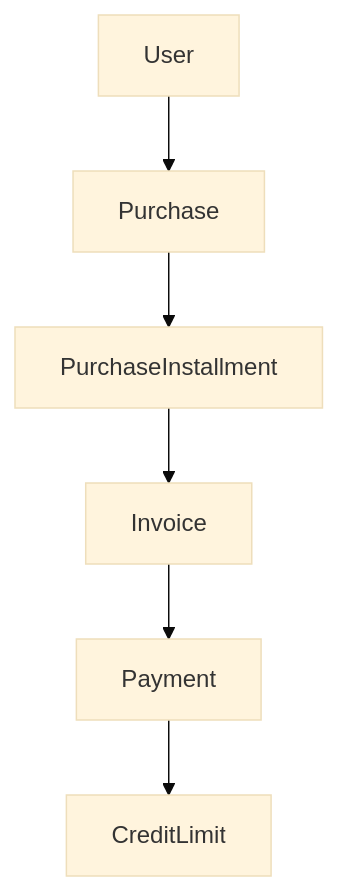
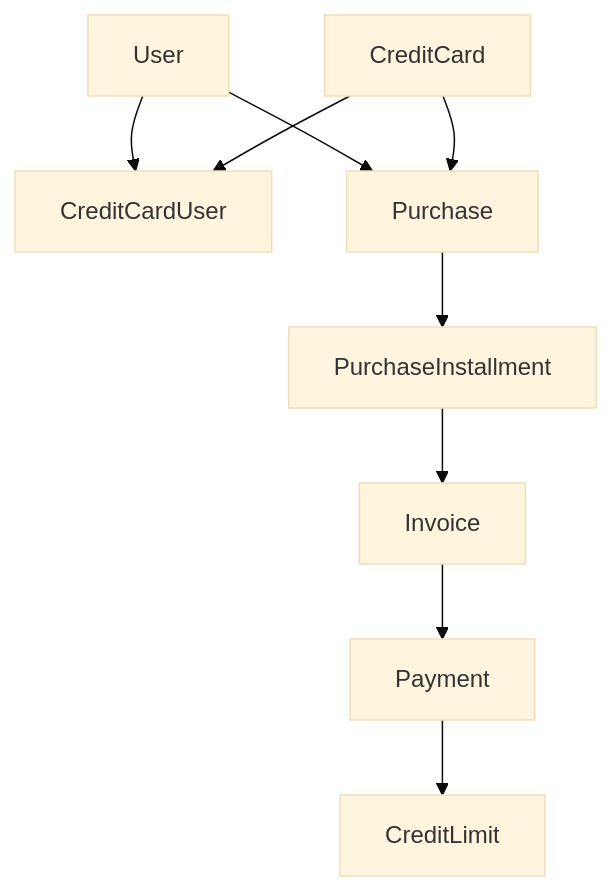
Before and after one commit to EriclysLuckas/FaturaEasy: the diagram in README.md, drawn with Mermaid (base theme).

Commit message:
Add flowchart for credit card user interactions
Added a flowchart diagram to illustrate credit card usage.

````diff
--- a/README.md
+++ b/README.md
@@ -83,9 +83,15 @@
 ```mermaid
 flowchart TD
 
+User --> CreditCardUser
+CreditCard --> CreditCardUser
+
 User --> Purchase
+CreditCard --> Purchase
+
 Purchase --> PurchaseInstallment
 PurchaseInstallment --> Invoice
 Invoice --> Payment
+
 Payment --> CreditLimit
 ```
````
